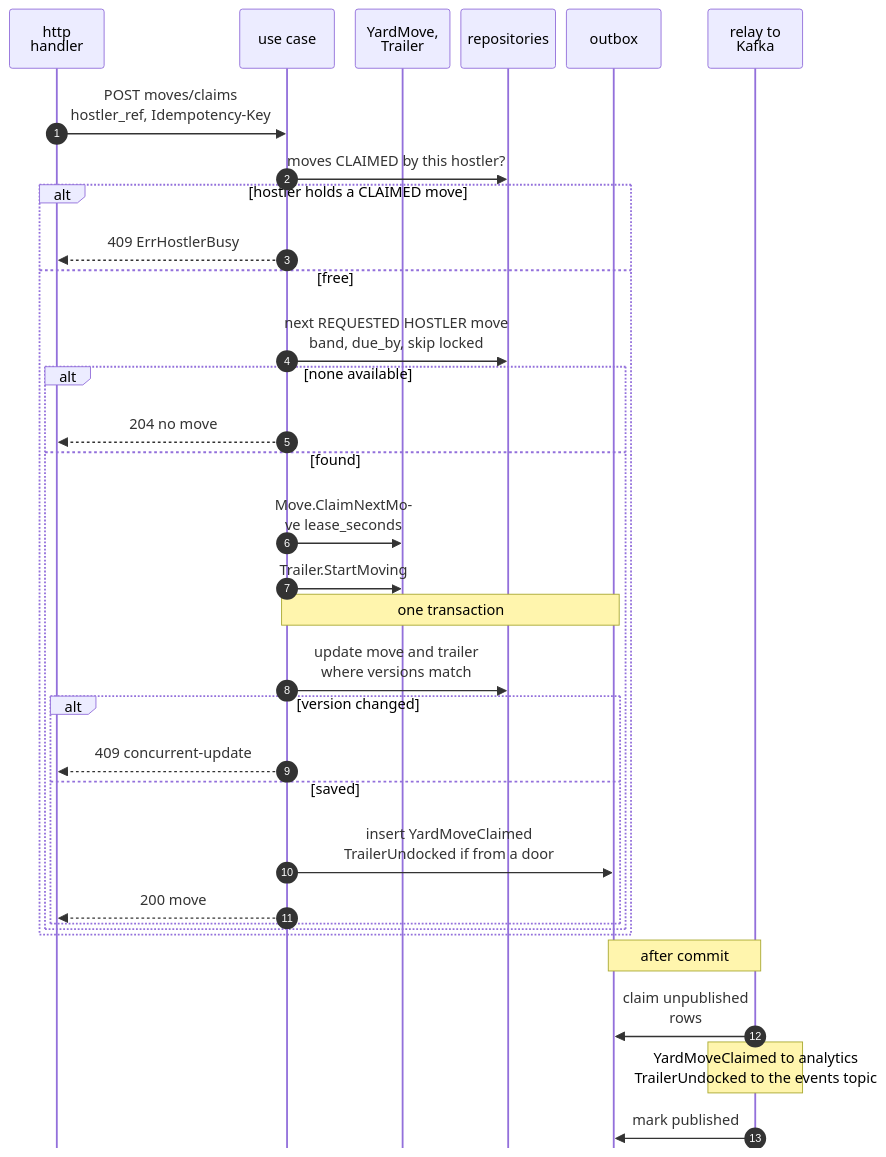
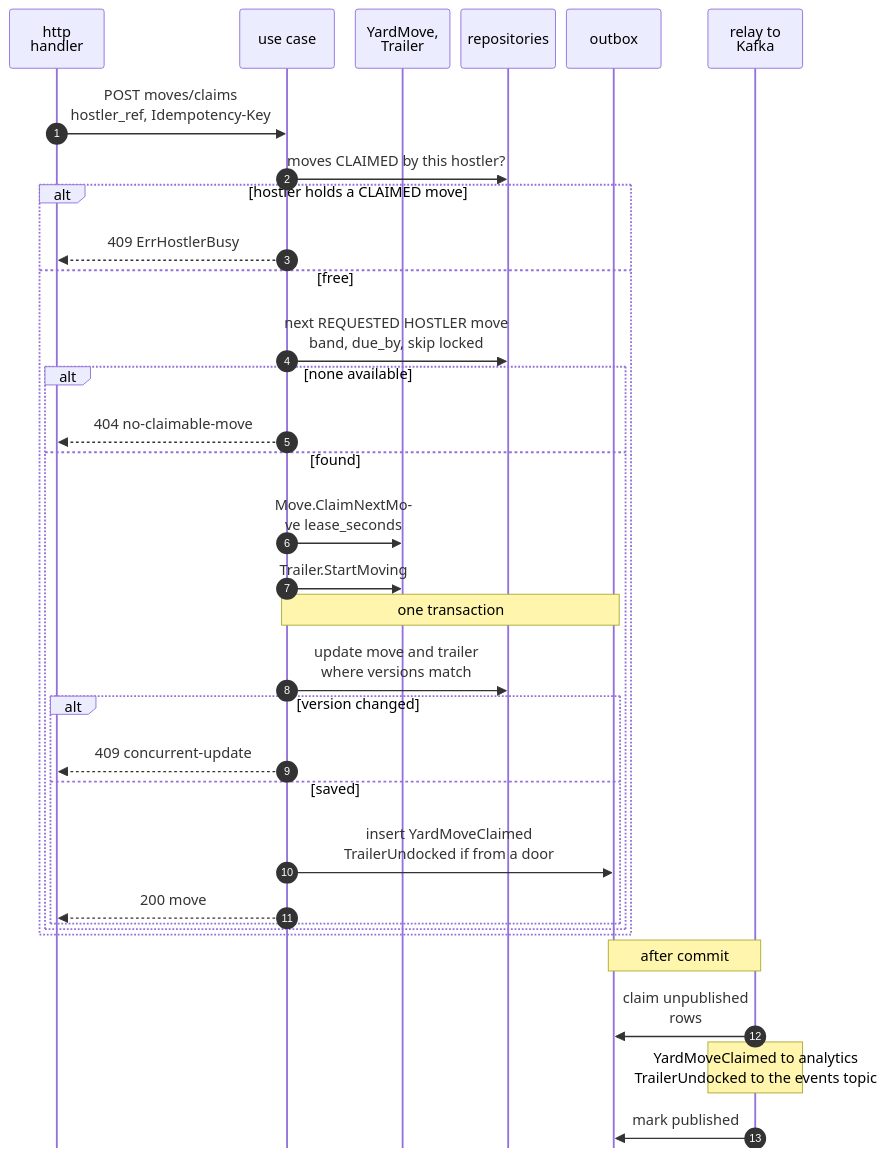
Before and after one commit to IQVO/warehouse-docs: the eighth of 15 diagrams in yard/docs/contexts/yard-management/sequence-diagrams.md, drawn with Mermaid. The commit also changed other lines of this file and 51 other files, not shown here.

````diff
--- a/yard/docs/contexts/yard-management/sequence-diagrams.md
+++ b/yard/docs/contexts/yard-management/sequence-diagrams.md
@@ -393,36 +390,36 @@
 ```mermaid
 %%{init: {"sequence": {"wrap": true, "width": 104, "actorMargin": 12, "messageMargin": 26, "boxMargin": 6, "noteMargin": 6, "mirrorActors": false}}}%%
 sequenceDiagram
     autonumber
     participant H as http<br/>handler
     participant U as use case
     participant A as YardMove,<br/>Trailer
     participant R as repositories
     participant O as outbox
     participant RL as relay to Kafka
     H->>U: POST moves/claims<br/>hostler_ref, Idempotency-Key
     U->>R: moves CLAIMED by this hostler?
     alt hostler holds a CLAIMED move
         U-->>H: 409 ErrHostlerBusy
     else free
         U->>R: next REQUESTED HOSTLER move<br/>band, due_by, skip locked
         alt none available
-            U-->>H: 204 no move
+            U-->>H: 404 no-claimable-move
         else found
             U->>A: Move.ClaimNextMove lease_seconds
             U->>A: Trailer.StartMoving
             Note over U,O: one transaction
             U->>R: update move and trailer<br/>where versions match
             alt version changed
                 U-->>H: 409 concurrent-update
             else saved
                 U->>O: insert YardMoveClaimed<br/>TrailerUndocked if from a door
                 U-->>H: 200 move
             end
         end
     end
     Note over O,RL: after commit
     RL->>O: claim unpublished rows
     Note over RL: YardMoveClaimed to analytics<br/>TrailerUndocked to the events topic
     RL->>O: mark published
 ```
````
